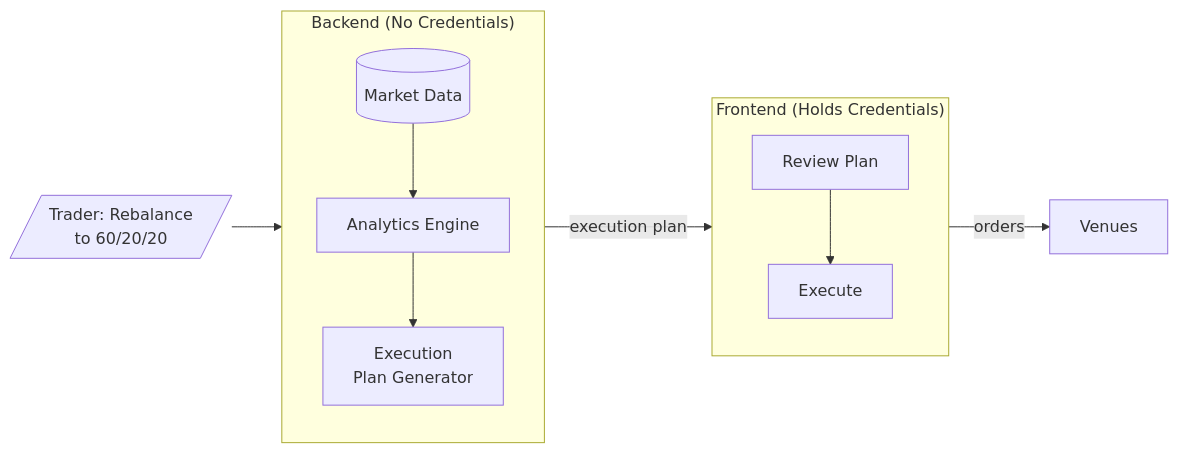
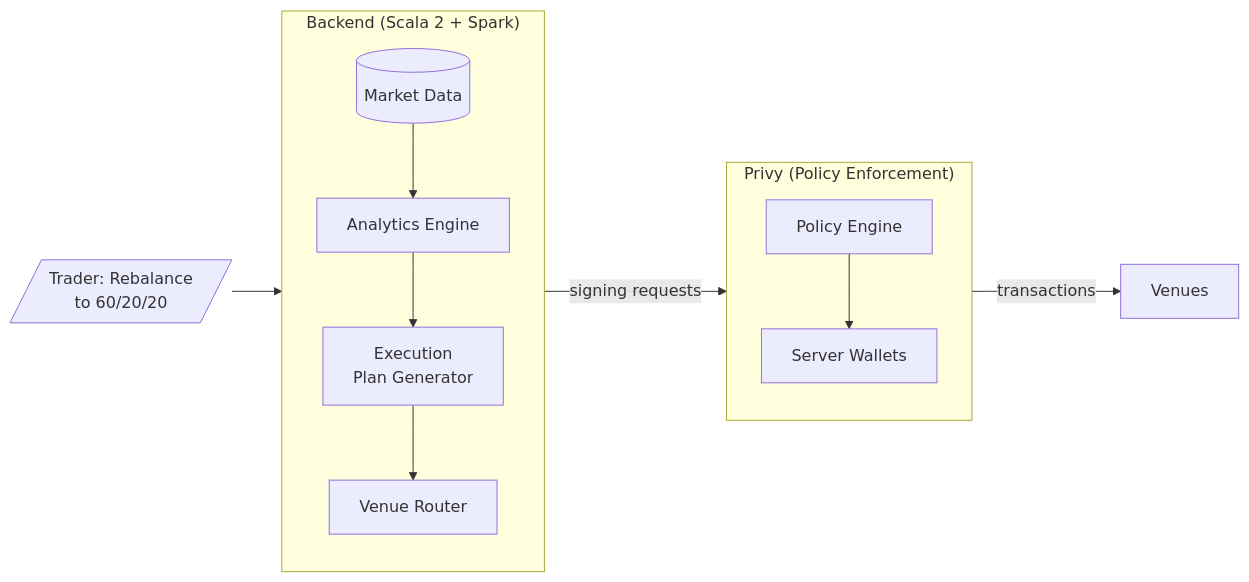
Before and after one commit to dataclique/moneymentum: the diagram in SPEC.md, drawn with Mermaid. The commit also changed other lines of this file, not shown here.

````diff
--- a/SPEC.md
+++ b/SPEC.md
@@ -86,25 +78,26 @@
 ```mermaid
 flowchart LR
     T[/"Trader: Rebalance<br/>to 60/20/20"/]
 
-    subgraph Backend["Backend (No Credentials)"]
+    subgraph Backend["Backend (Scala 2 + Spark)"]
         direction TB
         DATA[(Market Data)]
         ANAL[Analytics Engine]
         PLAN[Execution<br/>Plan Generator]
-        DATA --> ANAL --> PLAN
+        ROUTE[Venue Router]
+        DATA --> ANAL --> PLAN --> ROUTE
     end
 
-    subgraph Frontend["Frontend (Holds Credentials)"]
+    subgraph Privy["Privy (Policy Enforcement)"]
         direction TB
-        UI[Review Plan]
-        EX[Execute]
-        UI --> EX
+        POL[Policy Engine]
+        WALLET[Server Wallets]
+        POL --> WALLET
     end
 
     V[Venues]
 
     T --> PLAN
-    PLAN -->|execution plan| UI
-    EX -->|orders| V
+    ROUTE -->|signing requests| POL
+    WALLET -->|transactions| V
 ```
````
